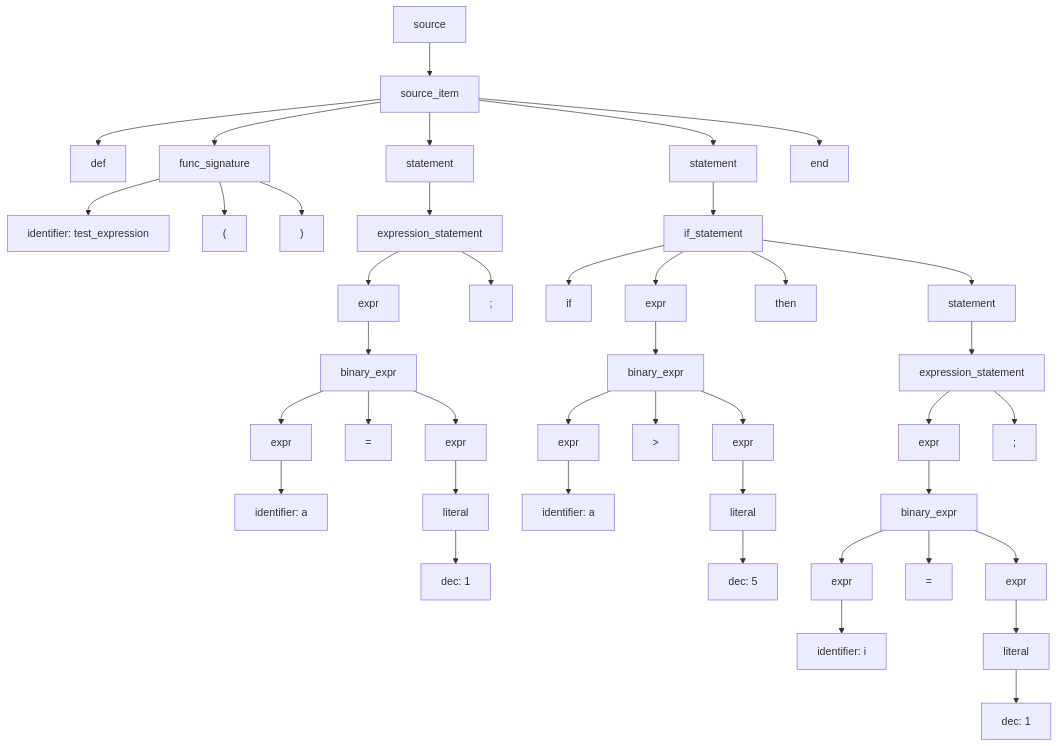
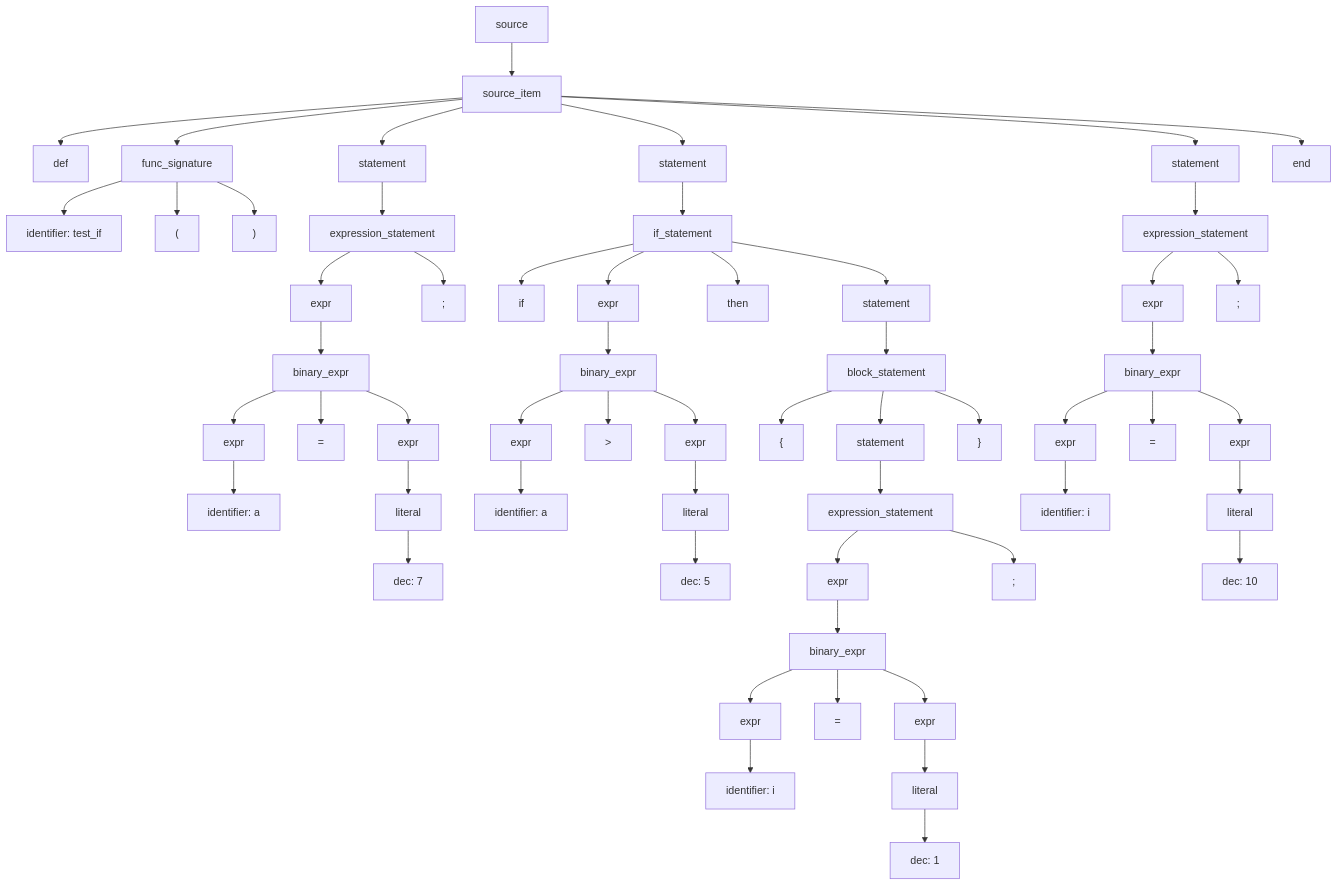
Before and after one commit to ErnandesDaniel/system-software-lab-2: the diagram in ast.mmd, drawn with Mermaid. The commit also changed 2 other files, not shown here.

```diff
--- a/ast.mmd
+++ b/ast.mmd
@@ -1,84 +1,114 @@
 graph TD;
 N0["source"]
 N1["source_item"]
 N0 --> N1
 N2["def"]
 N1 --> N2
 N3["func_signature"]
 N1 --> N3
-N4["identifier: test_expression"]
+N4["identifier: test_if"]
 N3 --> N4
 N5["("]
 N3 --> N5
 N6[")"]
 N3 --> N6
 N7["statement"]
 N1 --> N7
 N8["expression_statement"]
 N7 --> N8
 N9["expr"]
 N8 --> N9
 N10["binary_expr"]
 N9 --> N10
 N11["expr"]
 N10 --> N11
 N12["identifier: a"]
 N11 --> N12
 N13["="]
 N10 --> N13
 N14["expr"]
 N10 --> N14
 N15["literal"]
 N14 --> N15
-N16["dec: 1"]
+N16["dec: 7"]
 N15 --> N16
 N17[";"]
 N8 --> N17
 N18["statement"]
 N1 --> N18
 N19["if_statement"]
 N18 --> N19
 N20["if"]
 N19 --> N20
 N21["expr"]
 N19 --> N21
 N22["binary_expr"]
 N21 --> N22
 N23["expr"]
 N22 --> N23
 N24["identifier: a"]
 N23 --> N24
 N25[">"]
 N22 --> N25
 N26["expr"]
 N22 --> N26
 N27["literal"]
 N26 --> N27
 N28["dec: 5"]
 N27 --> N28
 N29["then"]
 N19 --> N29
 N30["statement"]
 N19 --> N30
-N31["expression_statement"]
+N31["block_statement"]
 N30 --> N31
-N32["expr"]
+N32["{"]
 N31 --> N32
-N33["binary_expr"]
-N32 --> N33
-N34["expr"]
+N33["statement"]
+N31 --> N33
+N34["expression_statement"]
 N33 --> N34
-N35["identifier: i"]
+N35["expr"]
 N34 --> N35
-N36["="]
-N33 --> N36
+N36["binary_expr"]
+N35 --> N36
 N37["expr"]
-N33 --> N37
-N38["literal"]
+N36 --> N37
+N38["identifier: i"]
 N37 --> N38
-N39["dec: 1"]
-N38 --> N39
-N40[";"]
-N31 --> N40
-N41["end"]
-N1 --> N41
+N39["="]
+N36 --> N39
+N40["expr"]
+N36 --> N40
+N41["literal"]
+N40 --> N41
+N42["dec: 1"]
+N41 --> N42
+N43[";"]
+N34 --> N43
+N44["}"]
+N31 --> N44
+N45["statement"]
+N1 --> N45
+N46["expression_statement"]
+N45 --> N46
+N47["expr"]
+N46 --> N47
+N48["binary_expr"]
+N47 --> N48
+N49["expr"]
+N48 --> N49
+N50["identifier: i"]
+N49 --> N50
+N51["="]
+N48 --> N51
+N52["expr"]
+N48 --> N52
+N53["literal"]
+N52 --> N53
+N54["dec: 10"]
+N53 --> N54
+N55[";"]
+N46 --> N55
+N56["end"]
+N1 --> N56
```
